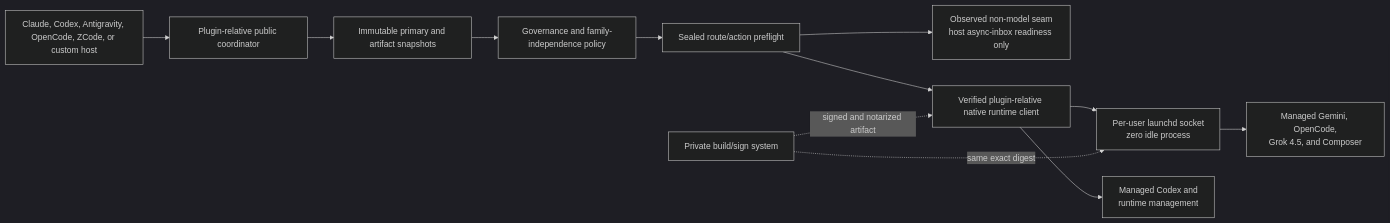
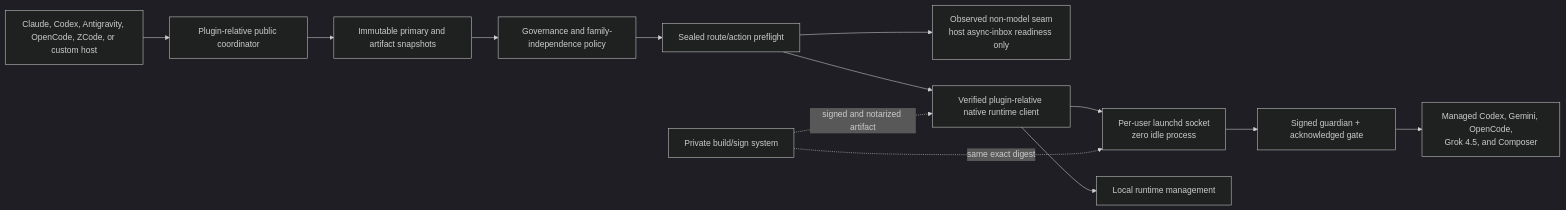
The diagram in README.md (sumitake/agent-collab), drawn with Mermaid (dark theme) before and after one commit. The commit also changed other lines of this file and 57 other files, not shown here.

````diff
--- a/README.md
+++ b/README.md
@@ -106,14 +122,15 @@
 ```mermaid
 flowchart LR
     H["Claude, Codex, Antigravity, OpenCode, ZCode, or custom host"] --> C0["Plugin-relative public coordinator"]
     C0 --> P["Immutable primary and artifact snapshots"]
     P --> G["Governance and family-independence policy"]
     G --> S["Sealed route/action preflight"]
     S --> N["Observed non-model seam<br/>host async-inbox readiness only"]
     S --> C["Verified plugin-relative native runtime client"]
     C --> B["Per-user launchd socket<br/>zero idle process"]
-    B --> X1["Managed Gemini, OpenCode,<br/>Grok 4.5, and Composer"]
-    C --> X2["Managed Codex and<br/>runtime management"]
+    B --> Q["Signed guardian + acknowledged gate"]
+    Q --> X1["Managed Codex, Gemini, OpenCode,<br/>Grok 4.5, and Composer"]
+    C --> X2["Local runtime management"]
     W["Private build/sign system"] -. "signed and notarized artifact" .-> C
     W -. "same exact digest" .-> B
 ```
````
